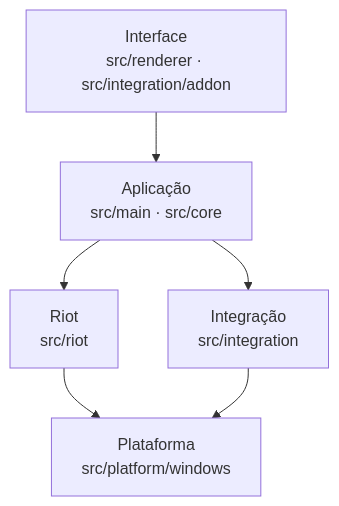
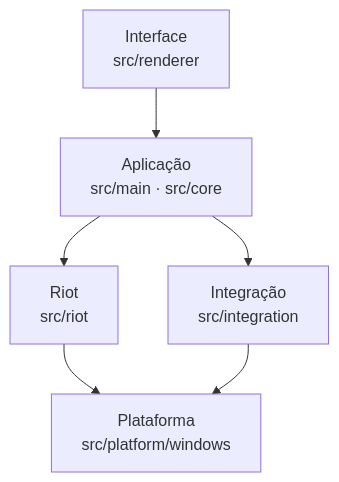
The second of 2 diagrams in docs/02 Arquitetura/Arquitetura.md (arthurmchd/eclipse), drawn with Mermaid before and after one commit. The commit also changed other lines of this file and 132 other files, not shown here.

````diff
--- a/docs/02 Arquitetura/Arquitetura.md
+++ b/docs/02 Arquitetura/Arquitetura.md
@@ -66,8 +58,8 @@
 ```mermaid
 flowchart TB
-  I["Interface<br/>src/renderer · src/integration/addon"] --> A["Aplicação<br/>src/main · src/core"]
+  I["Interface<br/>src/renderer"] --> A["Aplicação<br/>src/main · src/core"]
   A --> RT["Riot<br/>src/riot"]
   A --> IN["Integração<br/>src/integration"]
   RT --> P["Plataforma<br/>src/platform/windows"]
   IN --> P
 ```
````
